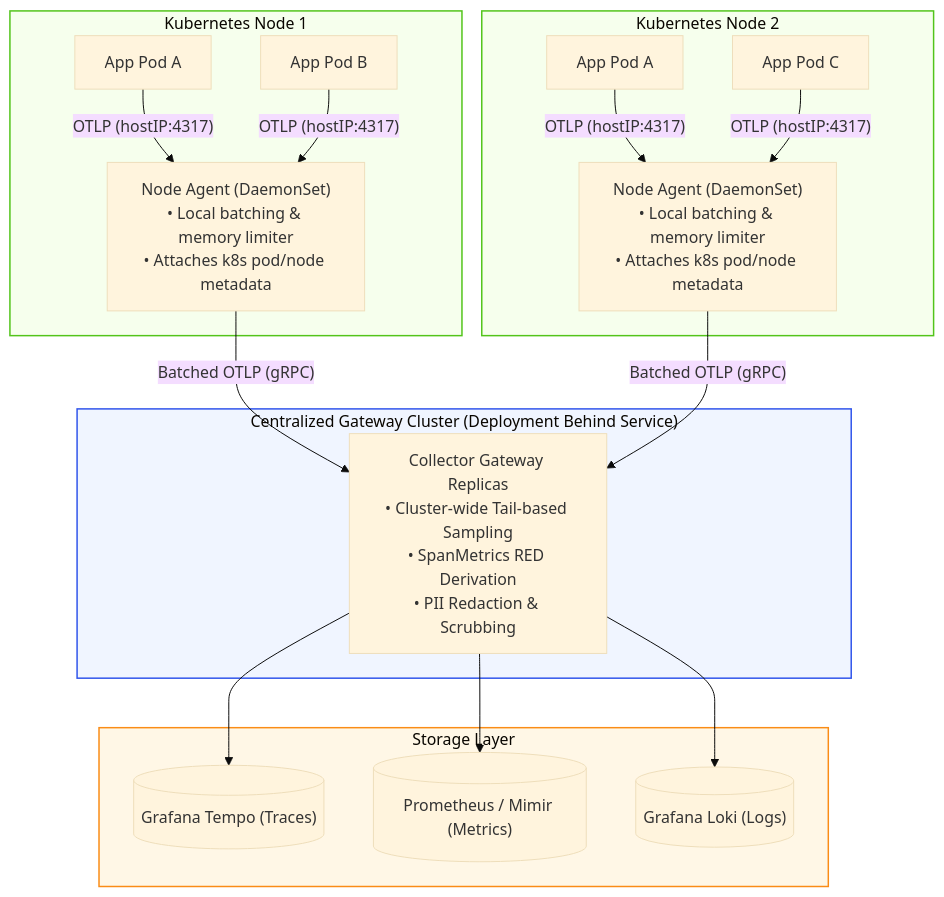
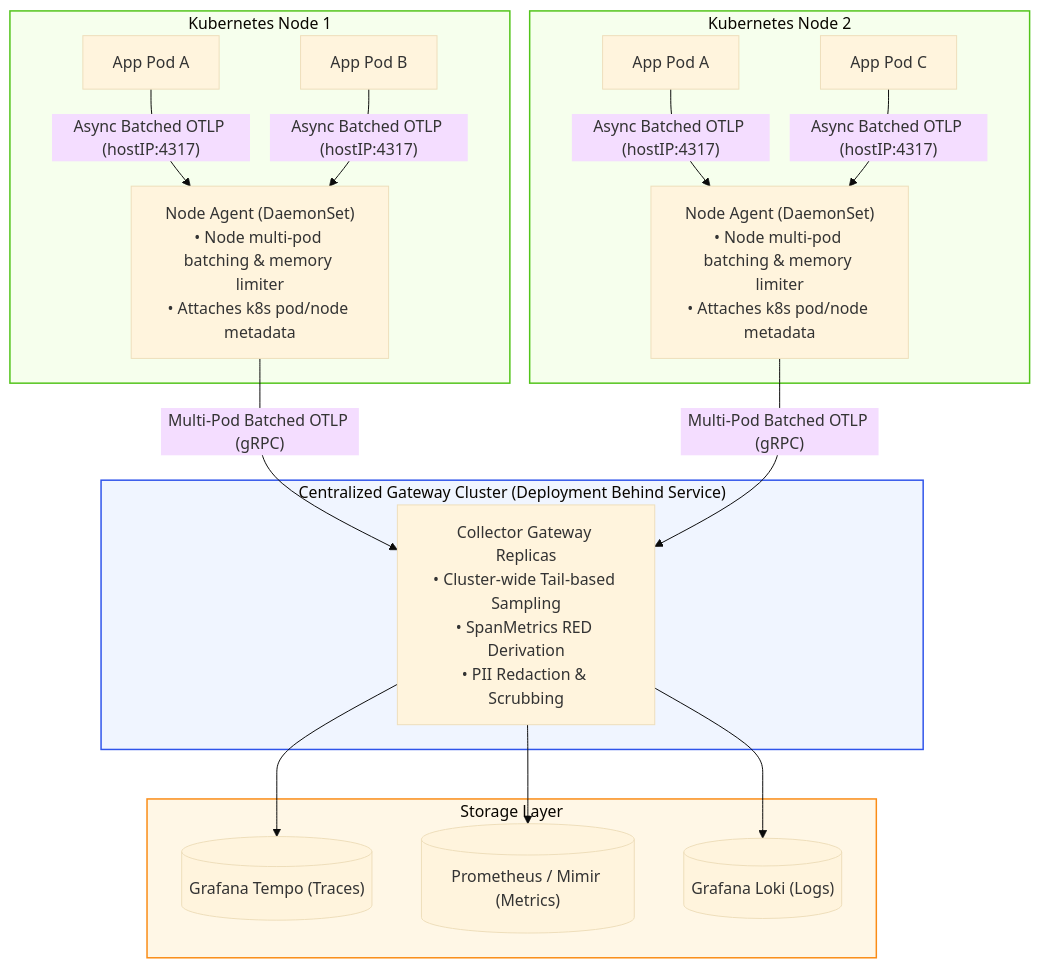
The fifth of 5 diagrams in software-engineer/concept/distributed-systems/observability.md (LyzanderAndrylie/note), drawn with Mermaid (base theme) before and after one commit. The commit also changed other lines of this file, not shown here.

Commit message:
docs: clarify two-level batching model in 2-tier hybrid architecture

````diff
--- a/software-engineer/concept/distributed-systems/observability.md
+++ b/software-engineer/concept/distributed-systems/observability.md
@@ -744,39 +744,39 @@
 ```mermaid
 flowchart TD
     subgraph Node1 ["Kubernetes Node 1"]
         AppA1["App Pod A"]
         AppB1["App Pod B"]
-        Agent1["Node Agent (DaemonSet)<br/>• Local batching & memory limiter<br/>• Attaches k8s pod/node metadata"]
-        AppA1 -->|"OTLP (hostIP:4317)"| Agent1
-        AppB1 -->|"OTLP (hostIP:4317)"| Agent1
+        Agent1["Node Agent (DaemonSet)<br/>• Node multi-pod batching & memory limiter<br/>• Attaches k8s pod/node metadata"]
+        AppA1 -->|"Async Batched OTLP (hostIP:4317)"| Agent1
+        AppB1 -->|"Async Batched OTLP (hostIP:4317)"| Agent1
     end
 
     subgraph Node2 ["Kubernetes Node 2"]
         AppA2["App Pod A"]
         AppC1["App Pod C"]
-        Agent2["Node Agent (DaemonSet)<br/>• Local batching & memory limiter<br/>• Attaches k8s pod/node metadata"]
-        AppA2 -->|"OTLP (hostIP:4317)"| Agent2
-        AppC1 -->|"OTLP (hostIP:4317)"| Agent2
+        Agent2["Node Agent (DaemonSet)<br/>• Node multi-pod batching & memory limiter<br/>• Attaches k8s pod/node metadata"]
+        AppA2 -->|"Async Batched OTLP (hostIP:4317)"| Agent2
+        AppC1 -->|"Async Batched OTLP (hostIP:4317)"| Agent2
     end
 
     subgraph GatewayTier ["Centralized Gateway Cluster (Deployment Behind Service)"]
         GW["Collector Gateway Replicas<br/>• Cluster-wide Tail-based Sampling<br/>• SpanMetrics RED Derivation<br/>• PII Redaction & Scrubbing"]
     end
 
     subgraph StorageBackends ["Storage Layer"]
         Tempo[("Grafana Tempo (Traces)")]
         Prom[("Prometheus / Mimir (Metrics)")]
         Loki[("Grafana Loki (Logs)")]
     end
 
-    Agent1 -->|"Batched OTLP (gRPC)"| GW
-    Agent2 -->|"Batched OTLP (gRPC)"| GW
+    Agent1 -->|"Multi-Pod Batched OTLP (gRPC)"| GW
+    Agent2 -->|"Multi-Pod Batched OTLP (gRPC)"| GW
     GW --> Tempo
     GW --> Prom
     GW --> Loki
 
     style Node1 fill:#f6ffed,stroke:#52c41a,stroke-width:1.5px
     style Node2 fill:#f6ffed,stroke:#52c41a,stroke-width:1.5px
     style GatewayTier fill:#f0f5ff,stroke:#2f54eb,stroke-width:1.5px
     style StorageBackends fill:#fff7e6,stroke:#fa8c16,stroke-width:1.5px
 ```
````
